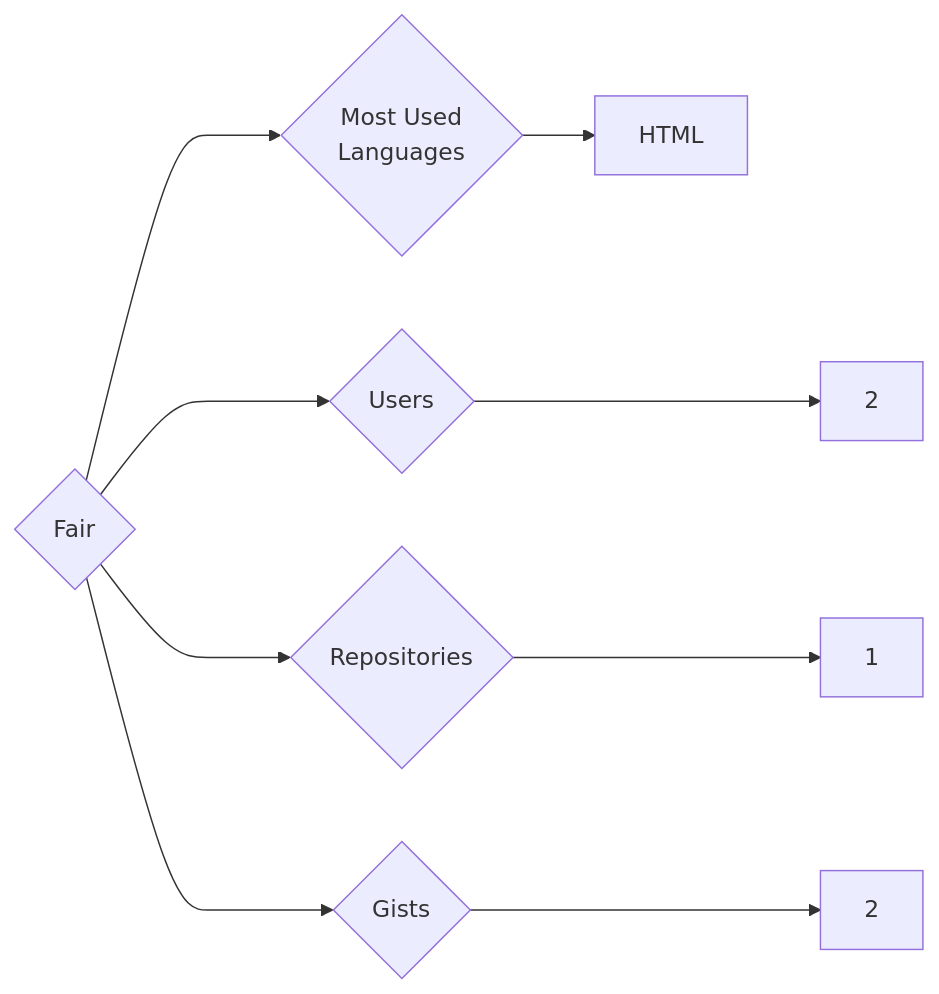
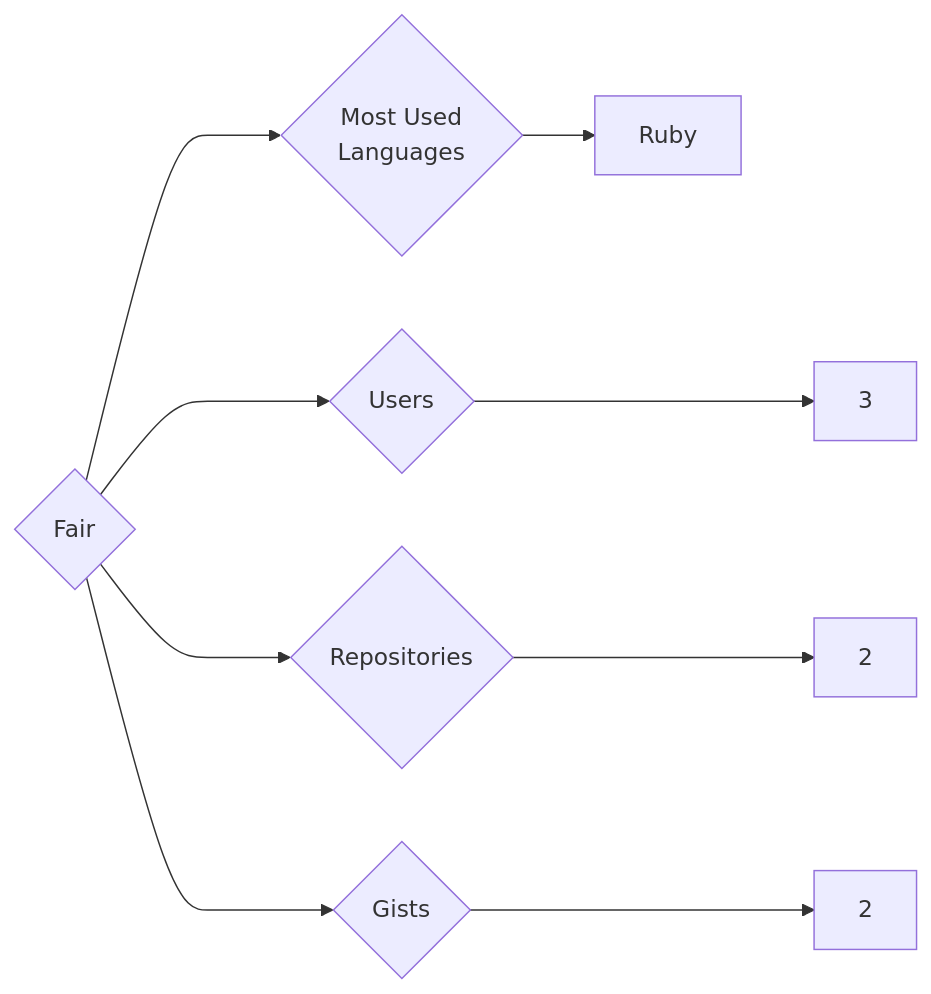
The diagram in targets/Fair/README.md (trickest/insiders), drawn with Mermaid before and after one commit. The commit also changed 775 other files, not shown here.

````diff
--- a/targets/Fair/README.md
+++ b/targets/Fair/README.md
@@ -3,9 +3,9 @@
 ```mermaid
 graph LR
 COMPANY_NAME{Fair}
-COMPANY_NAME ---> U{Users} ---> UN[2]
-COMPANY_NAME ---> R{Repositories} ---> RN[1]
+COMPANY_NAME ---> U{Users} ---> UN[3]
+COMPANY_NAME ---> R{Repositories} ---> RN[2]
 COMPANY_NAME ---> G{Gists} ---> GN[2]
 COMPANY_NAME ---> ML{Most Used<br>Languages}
-ML --> HTML[HTML]
+ML --> Ruby[Ruby]
 ```
````
